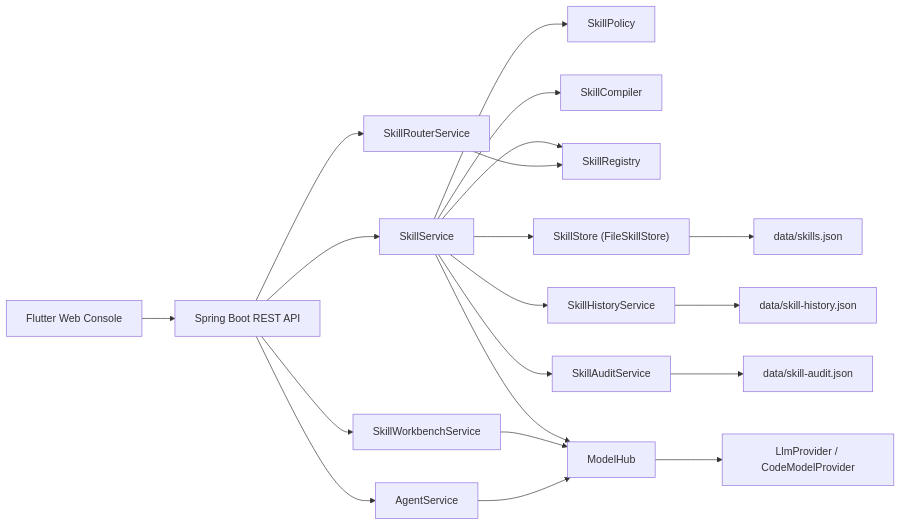
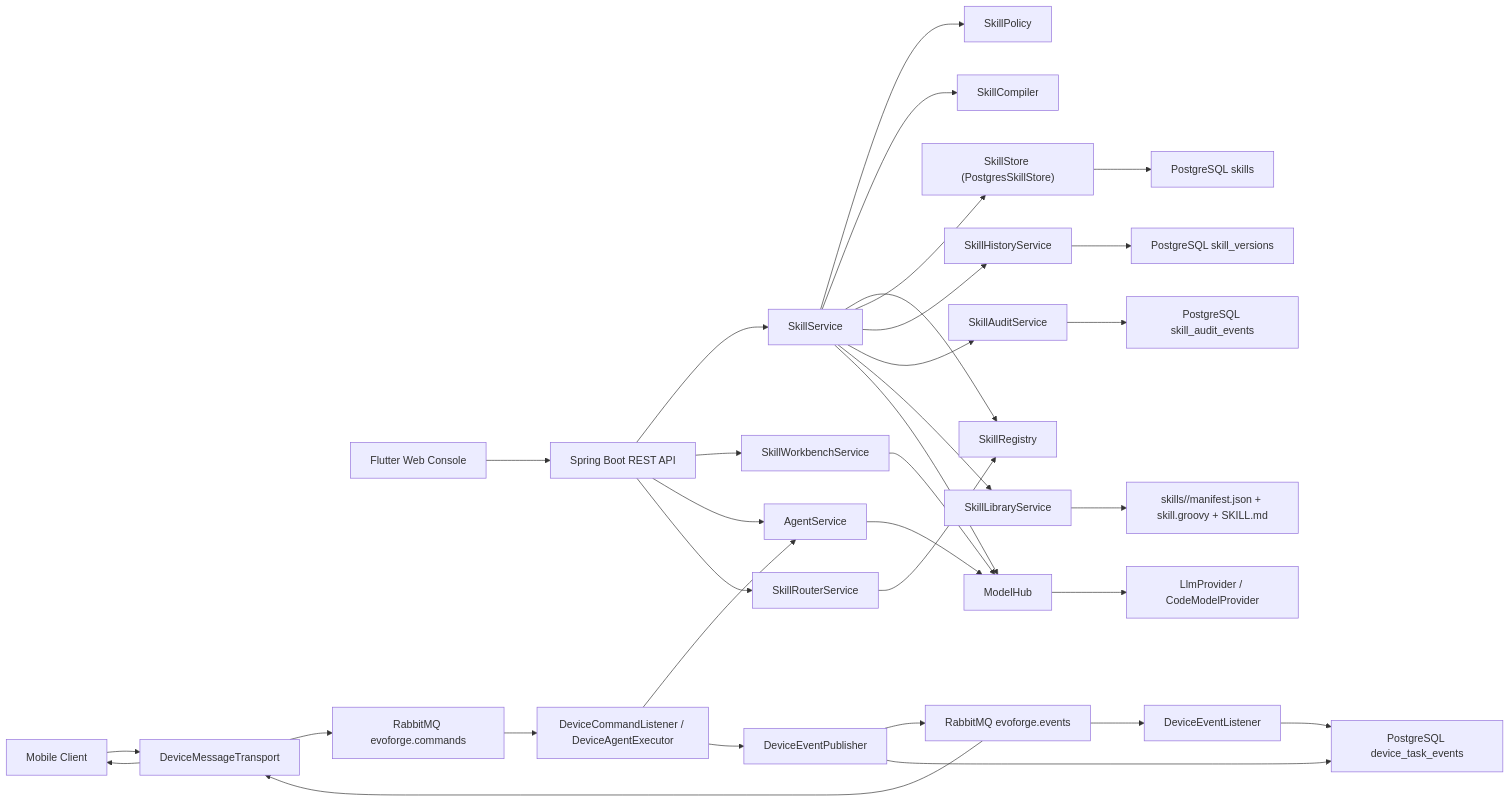
Before and after one commit to binghandsom/EvoForge: the diagram in docs/ARCHITECTURE.md, drawn with Mermaid. The commit also changed other lines of this file and 159 other files, not shown here.

````diff
--- a/docs/ARCHITECTURE.md
+++ b/docs/ARCHITECTURE.md
@@ -39,27 +68,40 @@
 ```mermaid
 flowchart LR
   UI["Flutter Web Console"] --> API["Spring Boot REST API"]
+  Mobile["Mobile Client"] --> MobileTransport["DeviceMessageTransport"]
+  MobileTransport --> CmdExchange["RabbitMQ evoforge.commands"]
+  EventExchange["RabbitMQ evoforge.events"] --> MobileTransport
+  MobileTransport --> Mobile
 
   API --> SkillSvc["SkillService"]
   API --> Workbench["SkillWorkbenchService"]
   API --> AgentSvc["AgentService"]
   API --> Router["SkillRouterService"]
+  CmdExchange --> DeviceAgent["DeviceCommandListener / DeviceAgentExecutor"]
+  DeviceAgent --> AgentSvc
+  DeviceAgent --> EventPublisher["DeviceEventPublisher"]
+  EventPublisher --> EventExchange
+  EventExchange --> EventInbox["DeviceEventListener"]
+  EventInbox --> PgTaskEvents
 
   SkillSvc --> Policy["SkillPolicy"]
   SkillSvc --> Compiler["SkillCompiler"]
   SkillSvc --> Registry["SkillRegistry"]
-  SkillSvc --> Store["SkillStore (FileSkillStore)"]
+  SkillSvc --> Store["SkillStore (PostgresSkillStore)"]
   SkillSvc --> History["SkillHistoryService"]
   SkillSvc --> Audit["SkillAuditService"]
+  SkillSvc --> Library["SkillLibraryService"]
   SkillSvc --> ModelHub["ModelHub"]
 
   Workbench --> ModelHub
   AgentSvc --> ModelHub
   Router --> Registry
 
-  Store --> SkillFiles["data/skills.json"]
-  History --> HistoryFiles["data/skill-history.json"]
-  Audit --> AuditFiles["data/skill-audit.json"]
+  Store --> PgSkills["PostgreSQL skills"]
+  History --> PgHistory["PostgreSQL skill_versions"]
+  Audit --> PgAudit["PostgreSQL skill_audit_events"]
+  EventPublisher --> PgTaskEvents["PostgreSQL device_task_events"]
+  Library --> GitFiles["skills/<id>/manifest.json + skill.groovy + SKILL.md"]
 
   ModelHub --> Providers["LlmProvider / CodeModelProvider"]
 ```
````
